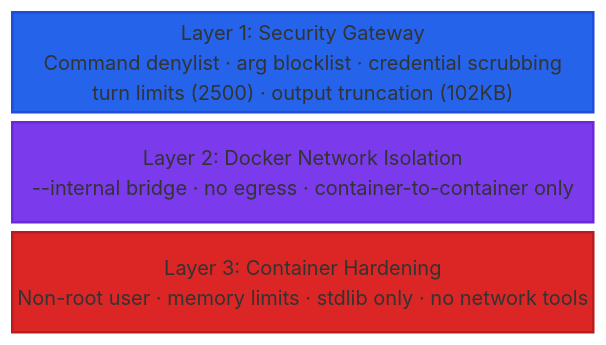
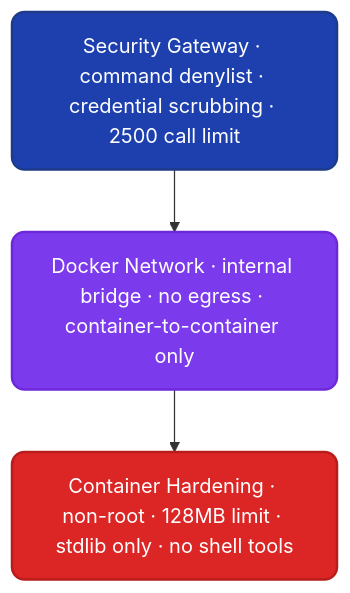
Before and after one commit to mvpzone/vuln-hawk: the third of 3 diagrams in README.md, drawn with Mermaid. The commit also changed other lines of this file, not shown here.

Commit message:
Cleaner Mermaid diagrams with rounded nodes and phase grouping

````diff
--- a/README.md
+++ b/README.md
@@ -160,11 +131,12 @@
 ```mermaid
-block-beta
-    columns 1
-    L1["Layer 1: Security Gateway\nCommand denylist · arg blocklist · credential scrubbing\nturn limits (2500) · output truncation (102KB)"]
-    L2["Layer 2: Docker Network Isolation\n--internal bridge · no egress · container-to-container only"]
-    L3["Layer 3: Container Hardening\nNon-root user · memory limits · stdlib only · no network tools"]
+flowchart TB
+    classDef l1 fill:#1e40af,color:#fff,stroke:#1e3a8a,stroke-width:2px,rx:10,ry:10
+    classDef l2 fill:#7c3aed,color:#fff,stroke:#6d28d9,stroke-width:2px,rx:10,ry:10
+    classDef l3 fill:#dc2626,color:#fff,stroke:#b91c1c,stroke-width:2px,rx:10,ry:10
 
-    style L1 fill:#2563eb,color:#fff,stroke:#1d4ed8,stroke-width:2px
-    style L2 fill:#7c3aed,color:#fff,stroke:#6d28d9,stroke-width:2px
-    style L3 fill:#dc2626,color:#fff,stroke:#b91c1c,stroke-width:2px
+    L1["Security Gateway · command denylist · credential scrubbing · 2500 call limit"]:::l1
+    L2["Docker Network · internal bridge · no egress · container-to-container only"]:::l2
+    L3["Container Hardening · non-root · 128MB limit · stdlib only · no shell tools"]:::l3
+
+    L1 --> L2 --> L3
 ```
````
